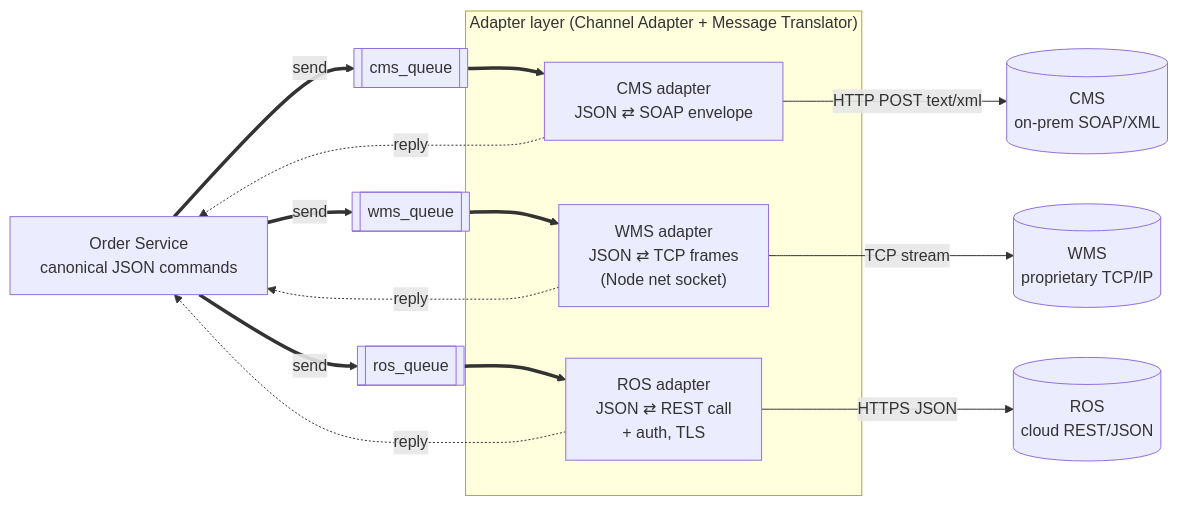
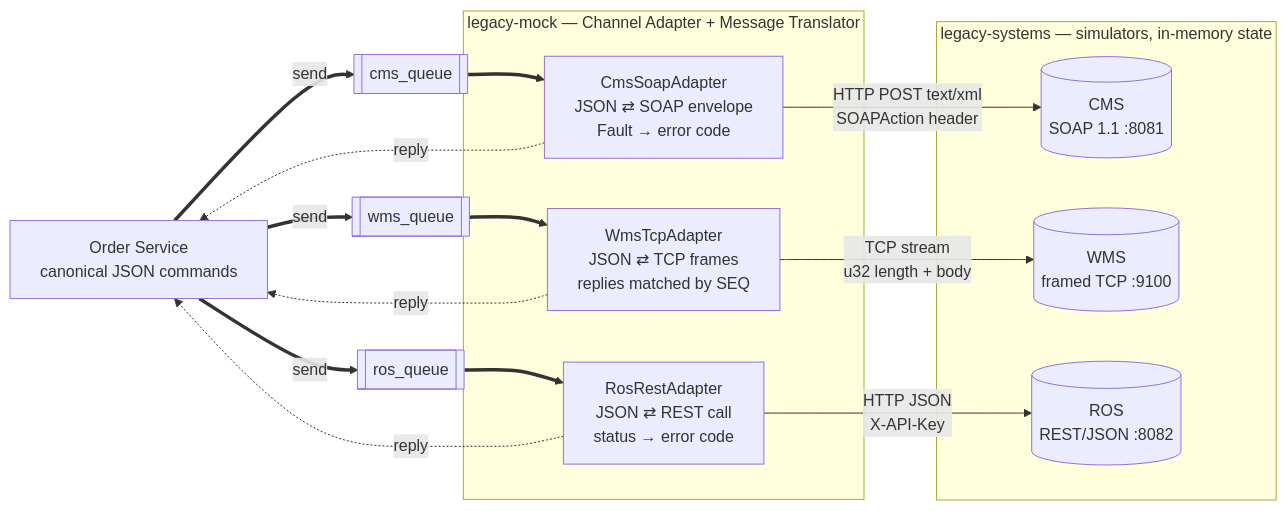
Before and after one commit to bimsarajay03/swiftrk: diagram 15 of 18 in docs/diagram.md, drawn with Mermaid. The commit also changed other lines of this file and 3 other files, not shown here.

````diff
--- a/docs/diagram.md
+++ b/docs/diagram.md
@@ -609,26 +644,28 @@
 ```mermaid
 flowchart LR
     OS["Order Service<br/>canonical JSON commands"]
-
-    subgraph adapters["Adapter layer (Channel Adapter + Message Translator)"]
-        A1["CMS adapter<br/>JSON ⇄ SOAP envelope"]
-        A2["WMS adapter<br/>JSON ⇄ TCP frames<br/>(Node net socket)"]
-        A3["ROS adapter<br/>JSON ⇄ REST call<br/>+ auth, TLS"]
-    end
 
     Q2[["cms_queue"]]
     Q3[["wms_queue"]]
     Q4[["ros_queue"]]
 
-    CMS[("CMS<br/>on-prem SOAP/XML")]
-    WMS[("WMS<br/>proprietary TCP/IP")]
-    ROS[("ROS<br/>cloud REST/JSON")]
+    subgraph adapters["legacy-mock — Channel Adapter + Message Translator"]
+        A1["CmsSoapAdapter<br/>JSON ⇄ SOAP envelope<br/>Fault → error code"]
+        A2["WmsTcpAdapter<br/>JSON ⇄ TCP frames<br/>replies matched by SEQ"]
+        A3["RosRestAdapter<br/>JSON ⇄ REST call<br/>status → error code"]
+    end
 
-    OS == "send" ==> Q2 ==> A1 -- "HTTP POST text/xml" --> CMS
-    OS == "send" ==> Q3 ==> A2 -- "TCP stream" --> WMS
-    OS == "send" ==> Q4 ==> A3 -- "HTTPS JSON" --> ROS
+    subgraph systems["legacy-systems — simulators, in-memory state"]
+        CMS[("CMS<br/>SOAP 1.1 :8081")]
+        WMS[("WMS<br/>framed TCP :9100")]
+        ROS[("ROS<br/>REST/JSON :8082")]
+    end
+
+    OS == "send" ==> Q2 ==> A1 -- "HTTP POST text/xml<br/>SOAPAction header" --> CMS
+    OS == "send" ==> Q3 ==> A2 -- "TCP stream<br/>u32 length + body" --> WMS
+    OS == "send" ==> Q4 ==> A3 -- "HTTP JSON<br/>X-API-Key" --> ROS
 
     A1 -. "reply" .-> OS
     A2 -. "reply" .-> OS
     A3 -. "reply" .-> OS
 ```
````
